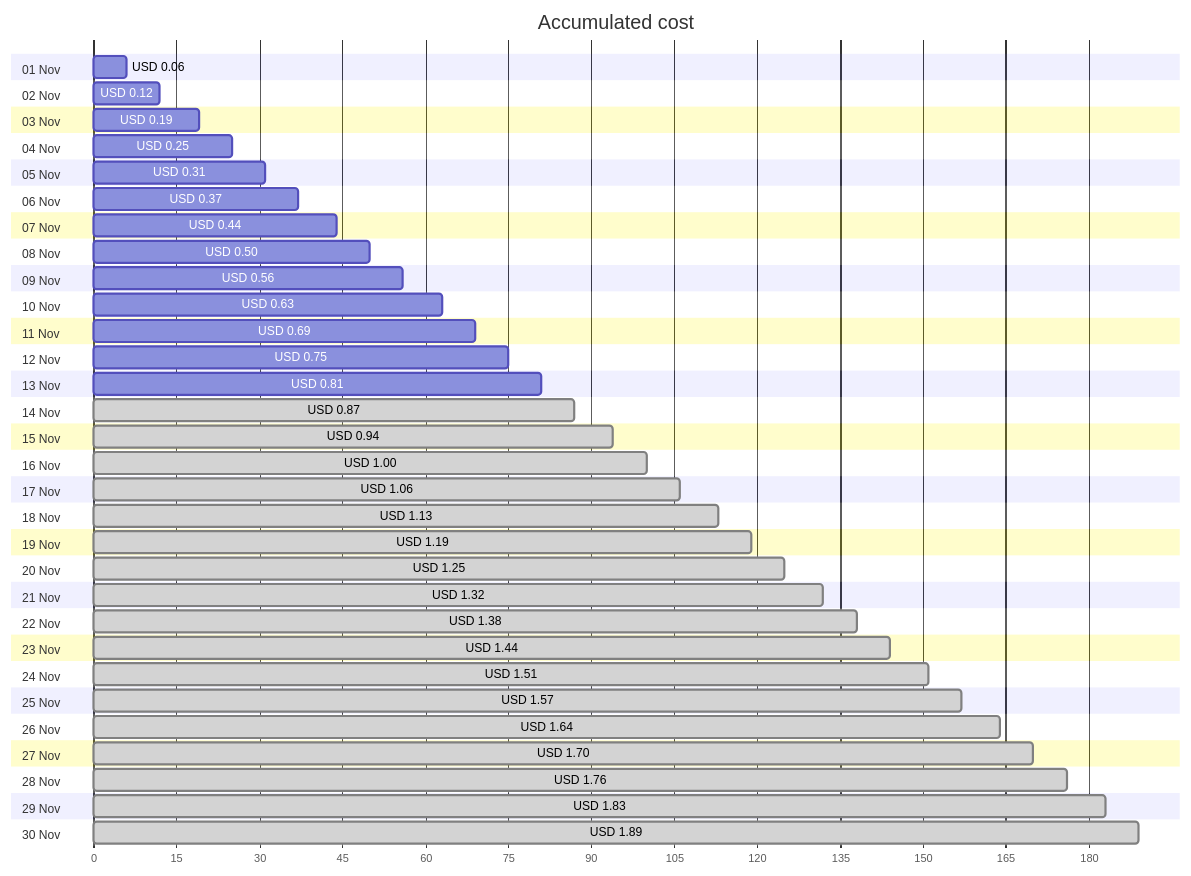
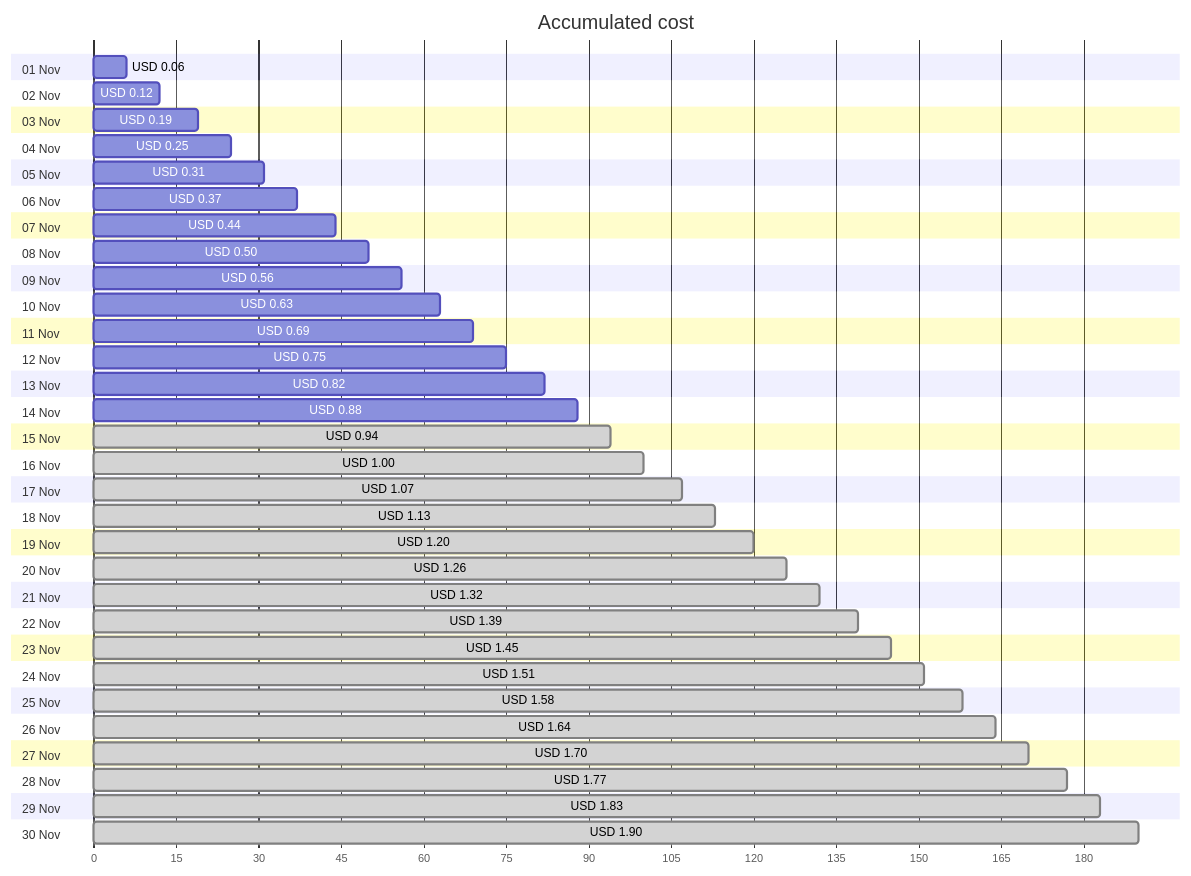
Before and after one commit to jpfulton/azure-personal-reports: the first of 4 diagrams in cost-reports/personal-network/backup-server_OsDisk.md, drawn with Mermaid. The commit also changed other lines of this file and 8 other files, not shown here.

````diff
--- a/cost-reports/personal-network/backup-server_OsDisk.md
+++ b/cost-reports/personal-network/backup-server_OsDisk.md
@@ -20,66 +20,66 @@
 ```mermaid
 gantt
    title Accumulated cost
    dateFormat  X
    axisFormat %s
    section 01 Nov
    USD 0.06 :0, 6
    section 02 Nov
    USD 0.12 :0, 12
    section 03 Nov
    USD 0.19 :0, 19
    section 04 Nov
    USD 0.25 :0, 25
    section 05 Nov
    USD 0.31 :0, 31
    section 06 Nov
    USD 0.37 :0, 37
    section 07 Nov
    USD 0.44 :0, 44
    section 08 Nov
    USD 0.50 :0, 50
    section 09 Nov
    USD 0.56 :0, 56
    section 10 Nov
    USD 0.63 :0, 63
    section 11 Nov
    USD 0.69 :0, 69
    section 12 Nov
    USD 0.75 :0, 75
    section 13 Nov
-   USD 0.81 :0, 81
+   USD 0.82 :0, 82
    section 14 Nov
-   USD 0.87 : done, 0, 87
+   USD 0.88 :0, 88
    section 15 Nov
    USD 0.94 : done, 0, 94
    section 16 Nov
    USD 1.00 : done, 0, 100
    section 17 Nov
-   USD 1.06 : done, 0, 106
+   USD 1.07 : done, 0, 107
    section 18 Nov
    USD 1.13 : done, 0, 113
    section 19 Nov
-   USD 1.19 : done, 0, 119
+   USD 1.20 : done, 0, 120
    section 20 Nov
-   USD 1.25 : done, 0, 125
+   USD 1.26 : done, 0, 126
    section 21 Nov
    USD 1.32 : done, 0, 132
    section 22 Nov
-   USD 1.38 : done, 0, 138
+   USD 1.39 : done, 0, 139
    section 23 Nov
-   USD 1.44 : done, 0, 144
+   USD 1.45 : done, 0, 145
    section 24 Nov
    USD 1.51 : done, 0, 151
    section 25 Nov
-   USD 1.57 : done, 0, 157
+   USD 1.58 : done, 0, 158
    section 26 Nov
    USD 1.64 : done, 0, 164
    section 27 Nov
    USD 1.70 : done, 0, 170
    section 28 Nov
-   USD 1.76 : done, 0, 176
+   USD 1.77 : done, 0, 177
    section 29 Nov
    USD 1.83 : done, 0, 183
    section 30 Nov
-   USD 1.89 : done, 0, 189
+   USD 1.90 : done, 0, 190
 ```
````
